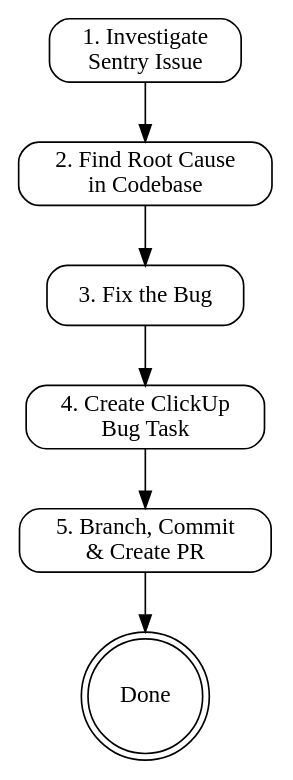
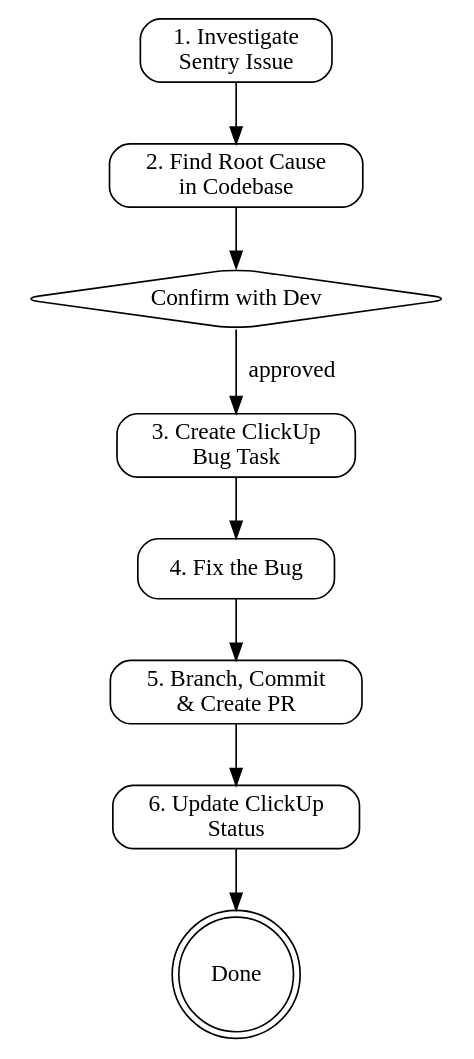
Before and after one commit to quynhlx/sbox-bugfix-pipeline: the diagram in skills/sentry-to-pr/SKILL.md, drawn with Graphviz. The commit also changed other lines of this file and 1 other file, not shown here.

````diff
--- a/skills/sentry-to-pr/SKILL.md
+++ b/skills/sentry-to-pr/SKILL.md
@@ -24,19 +24,23 @@
 ```dot
 digraph sentry_to_pr {
     rankdir=TB;
     node [shape=box, style=rounded];
 
     investigate [label="1. Investigate\nSentry Issue"];
     rootcause [label="2. Find Root Cause\nin Codebase"];
-    fix [label="3. Fix the Bug"];
-    clickup [label="4. Create ClickUp\nBug Task"];
+    confirm [label="Confirm with Dev", shape=diamond];
+    clickup [label="3. Create ClickUp\nBug Task"];
+    fix [label="4. Fix the Bug"];
     branch [label="5. Branch, Commit\n& Create PR"];
+    update [label="6. Update ClickUp\nStatus"];
     done [label="Done", shape=doublecircle];
 
     investigate -> rootcause;
-    rootcause -> fix;
-    fix -> clickup;
-    clickup -> branch;
-    branch -> done;
+    rootcause -> confirm;
+    confirm -> clickup [label="approved"];
+    clickup -> fix;
+    fix -> branch;
+    branch -> update;
+    update -> done;
 }
 ```
````
